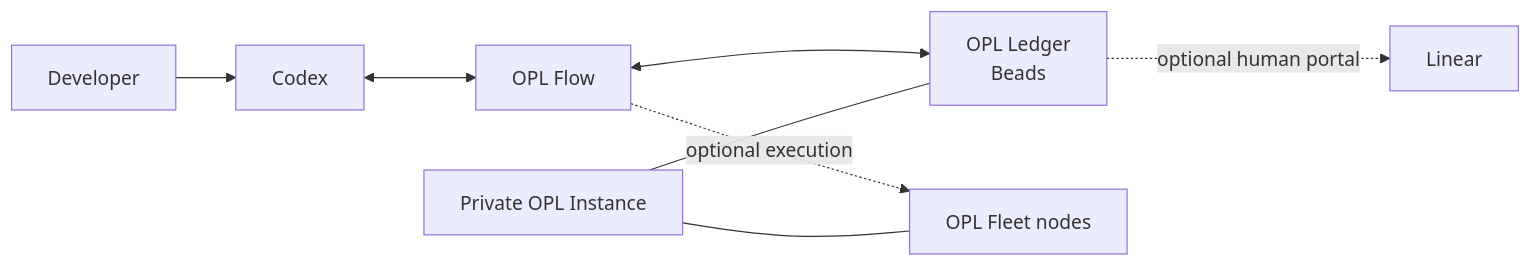
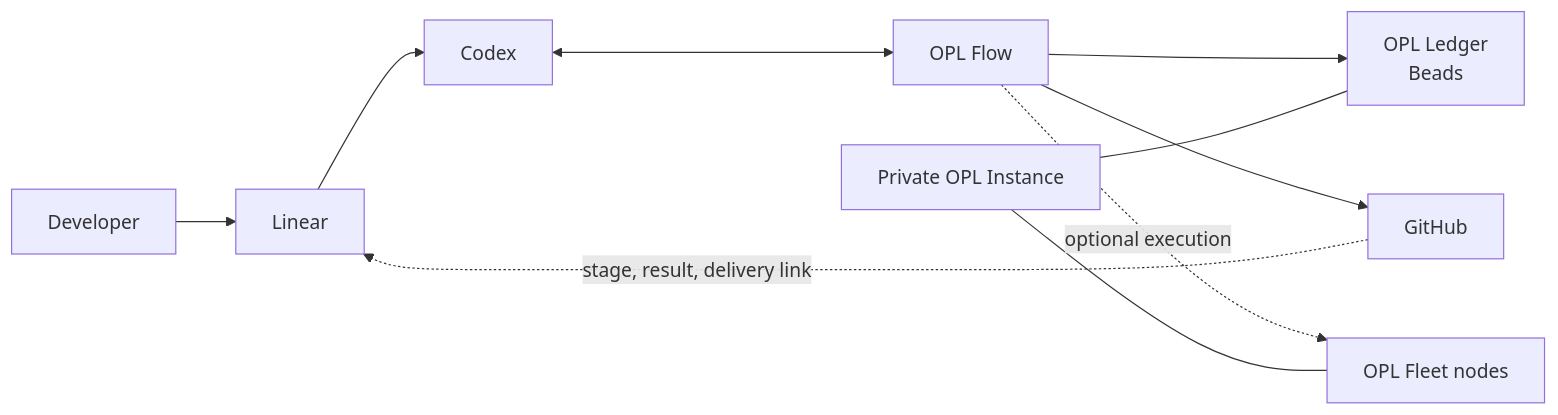
Before and after one commit to gaofeng21cn/opl-flow: the diagram in README.md, drawn with Mermaid. The commit also changed other lines of this file and 3 other files, not shown here.

Commit message:
docs: align Flow diagram with Linear Codex intake

````diff
--- a/README.md
+++ b/README.md
@@ -62,10 +62,12 @@
 ```mermaid
 flowchart LR
-    U[Developer] --> C[Codex]
+    U[Developer] --> L[Linear]
+    L --> C[Codex]
     C <--> F[OPL Flow]
-    F <--> B[OPL Ledger<br/>Beads]
-    B -. optional human portal .-> L[Linear]
+    F --> B[OPL Ledger<br/>Beads]
+    F --> G[GitHub]
     F -. optional execution .-> N[OPL Fleet nodes]
+    G -. stage, result, delivery link .-> L
     I[Private OPL Instance] --- B
     I --- N
 ```
````
